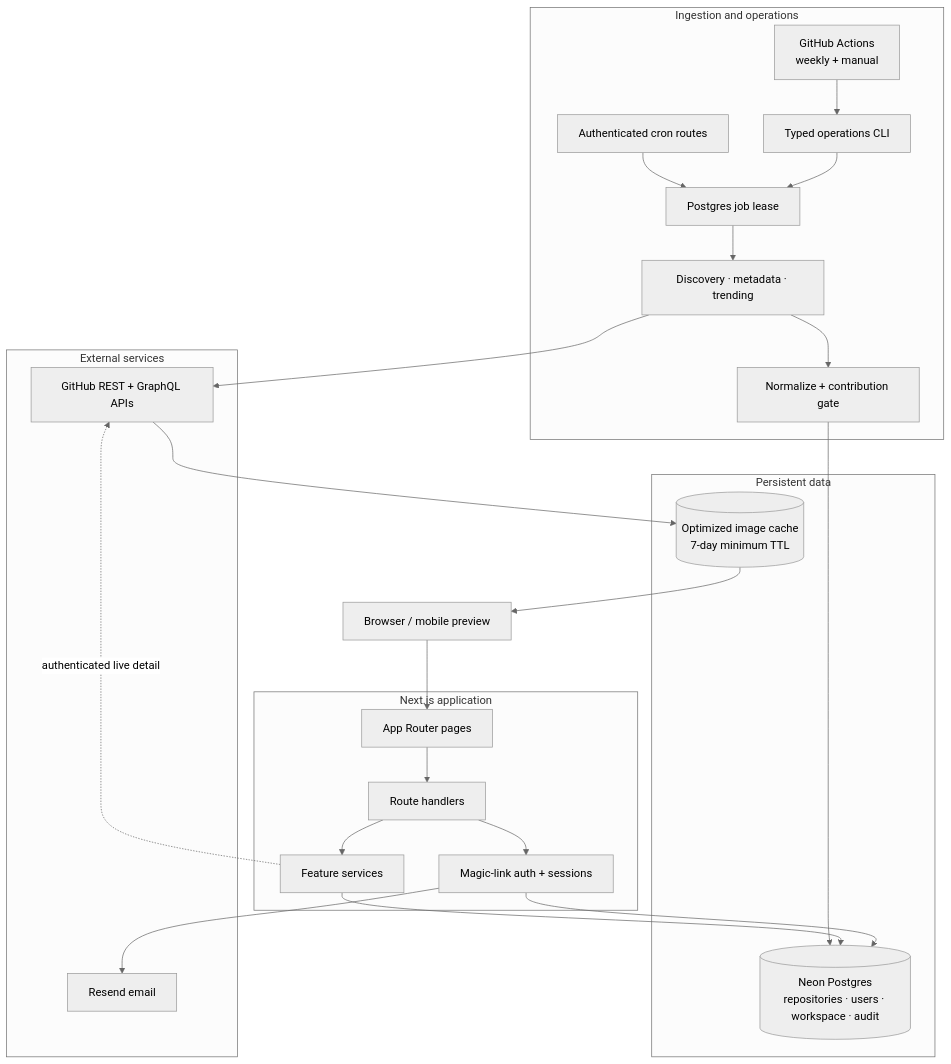
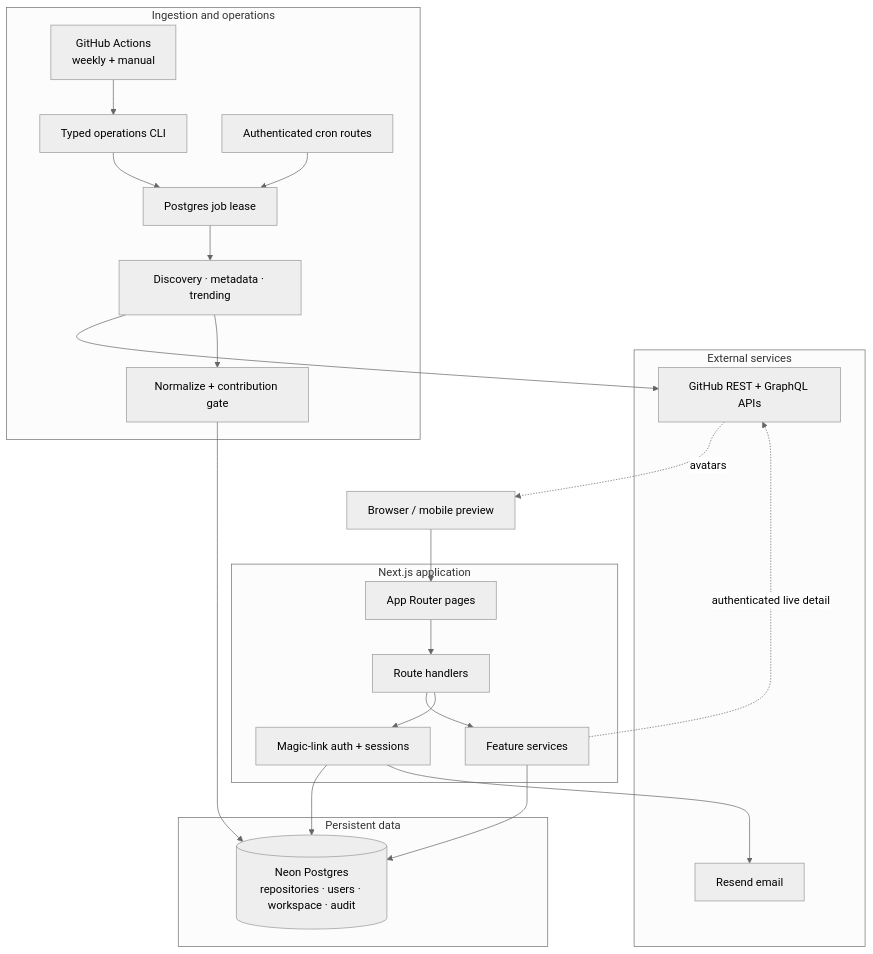
One commit to akasewang/opendeck changed the first of 3 diagrams in README.md. Above: the diagram before and after it, drawn with Mermaid (neutral theme). The commit also changed other lines of this file and 2 other files, not shown here.

````diff
--- a/README.md
+++ b/README.md
@@ -77,49 +77,47 @@
 ```mermaid
 flowchart TB
   subgraph sources["External services"]
     GITHUB["GitHub REST + GraphQL APIs"]
     RESEND["Resend email"]
   end
 
   subgraph automation["Ingestion and operations"]
     ACTIONS["GitHub Actions<br/>weekly + manual"]
     CLI["Typed operations CLI"]
     CRON["Authenticated cron routes"]
     LEASE["Postgres job lease"]
     INGEST["Discovery · metadata · trending"]
     GATE["Normalize + contribution gate"]
   end
 
   subgraph data["Persistent data"]
     DB[("Neon Postgres<br/>repositories · users · workspace · audit")]
-    IMAGES[("Optimized image cache<br/>7-day minimum TTL")]
   end
 
   subgraph application["Next.js application"]
     ROUTES["App Router pages"]
     API["Route handlers"]
     SERVICES["Feature services"]
     AUTH["Magic-link auth + sessions"]
   end
 
   BROWSER["Browser / mobile preview"]
 
   ACTIONS --> CLI
   CRON --> LEASE
   CLI --> LEASE
   LEASE --> INGEST
   INGEST --> GITHUB
   INGEST --> GATE
   GATE --> DB
 
   BROWSER --> ROUTES
   ROUTES --> API
   API --> SERVICES
   SERVICES --> DB
   API --> AUTH
   AUTH --> DB
   AUTH --> RESEND
   SERVICES -. authenticated live detail .-> GITHUB
-  GITHUB --> IMAGES
-  IMAGES --> BROWSER
+  GITHUB -. avatars .-> BROWSER
 ```
````
